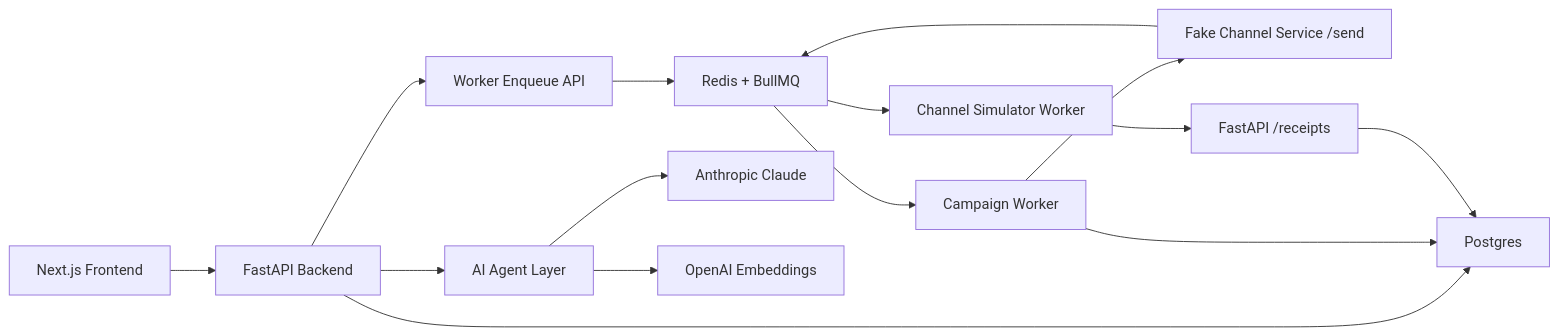
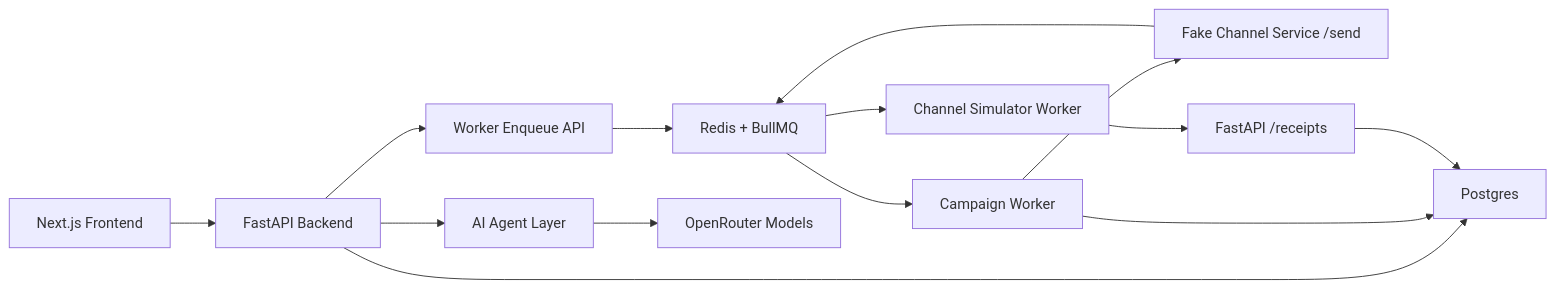
One commit to root-daemon/xeno-crm changed the diagram in README.md. Above: the diagram before and after it, drawn with Mermaid. The commit also changed other lines of this file and 22 other files, not shown here.

````diff
--- a/README.md
+++ b/README.md
@@ -9,17 +9,16 @@
 ```mermaid
 flowchart LR
   UI["Next.js Frontend"] --> API["FastAPI Backend"]
   API --> PG["Postgres"]
   API --> WorkerAPI["Worker Enqueue API"]
   WorkerAPI --> Redis["Redis + BullMQ"]
   Redis --> CampaignWorker["Campaign Worker"]
   CampaignWorker --> FakeChannel["Fake Channel Service /send"]
   FakeChannel --> Redis
   Redis --> ChannelWorker["Channel Simulator Worker"]
   CampaignWorker --> PG
   ChannelWorker --> ReceiptAPI["FastAPI /receipts"]
   ReceiptAPI --> PG
   API --> Agent["AI Agent Layer"]
-  Agent --> Anthropic["Anthropic Claude"]
-  Agent --> OpenAI["OpenAI Embeddings"]
+  Agent --> OpenRouter["OpenRouter Models"]
 ```
````
